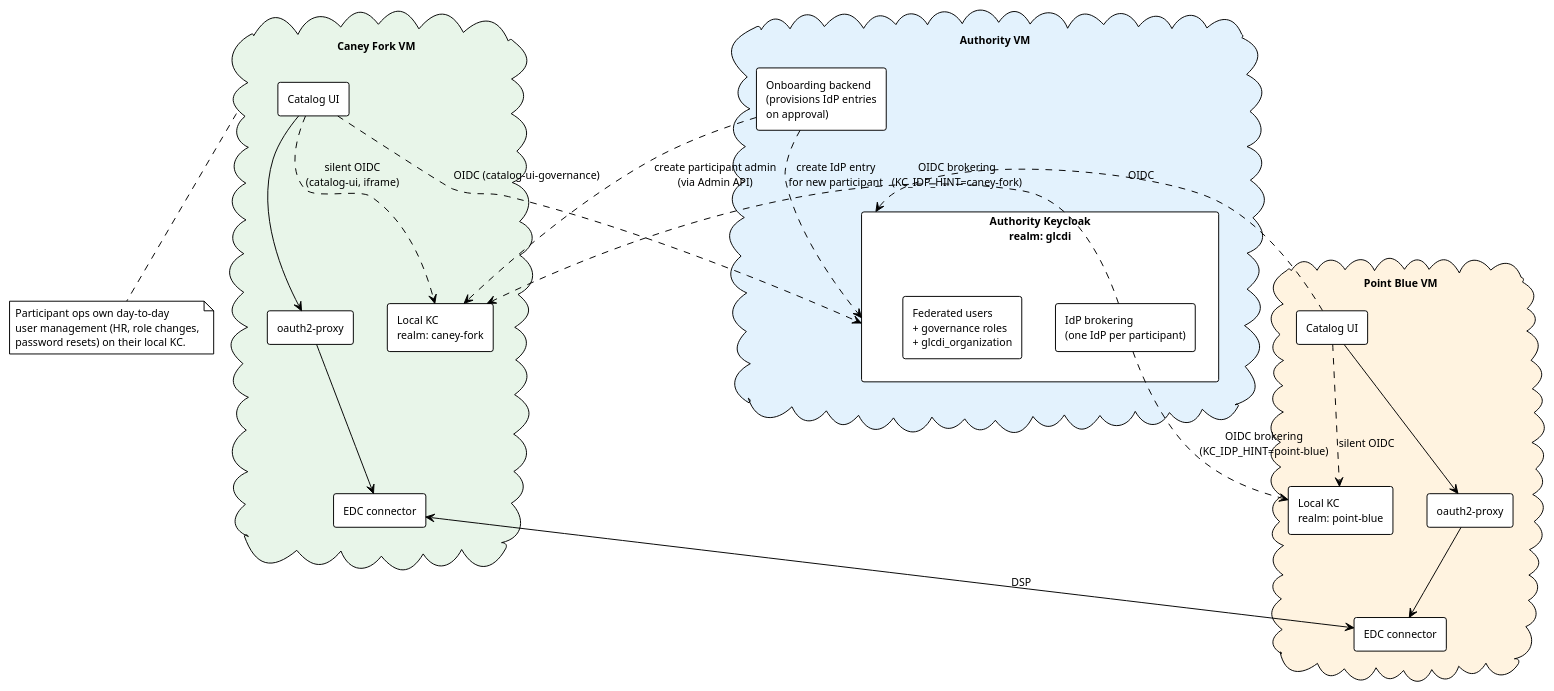
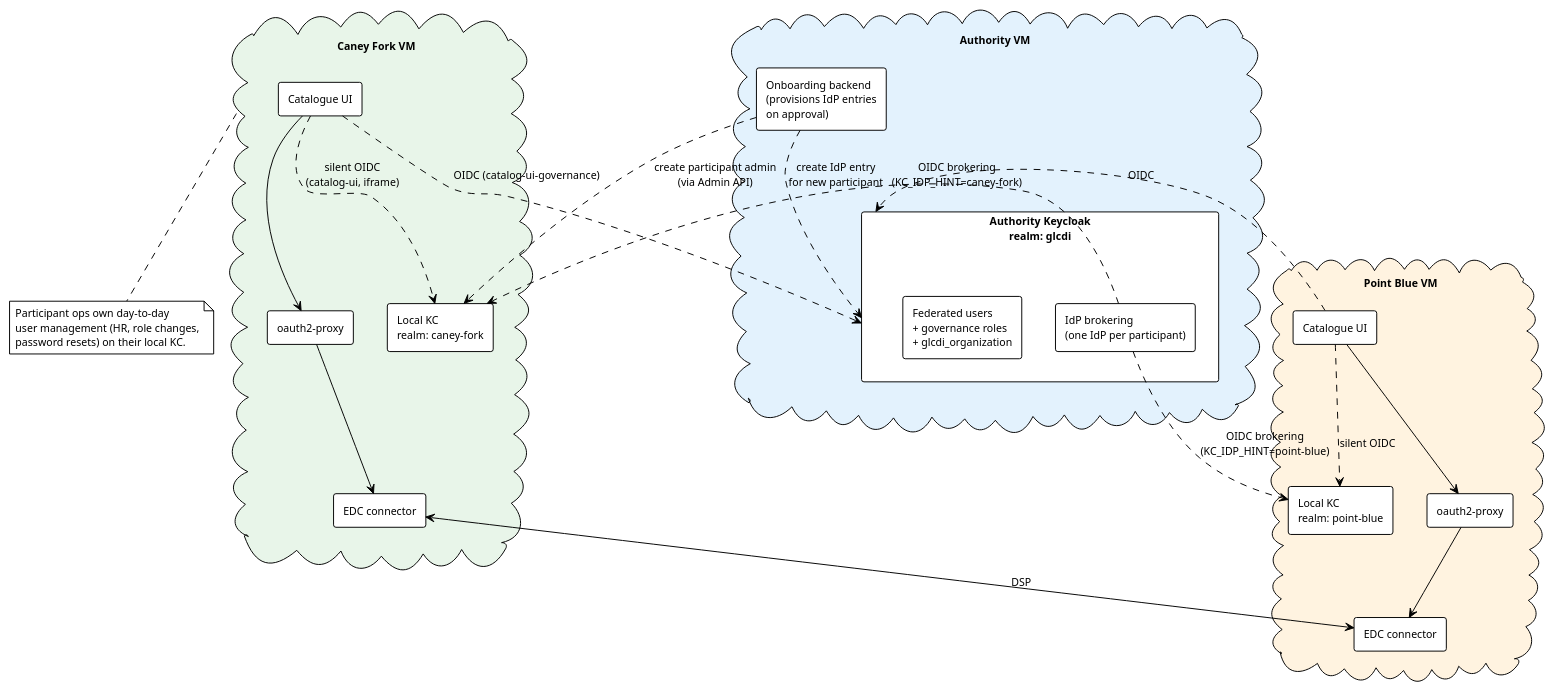
The seventh of 11 diagrams in reference/authentication.md (glcdi/documentation), drawn with PlantUML before and after one commit. The commit also changed other lines of this file and 22 other files, not shown here.

````diff
--- a/reference/authentication.md
+++ b/reference/authentication.md
@@ -360,53 +360,53 @@
 ```plantuml
 @startuml
 !theme plain
 skinparam defaultFontSize 11
 skinparam componentStyle rectangle
 
 cloud "Authority VM" as AUTH #E3F2FD {
   component "Authority Keycloak\nrealm: glcdi" as KC {
     component "IdP brokering\n(one IdP per participant)" as KCB
     component "Federated users\n+ governance roles\n+ glcdi_organization" as KCU
   }
   component "Onboarding backend\n(provisions IdP entries\non approval)" as OB
 }
 
 cloud "Caney Fork VM" as PV1 #E8F5E9 {
   component "Local KC\nrealm: caney-fork" as PKC1
-  component "Catalog UI" as UI1
+  component "Catalogue UI" as UI1
   component "oauth2-proxy" as OP1
   component "EDC connector" as EDC1
 }
 
 cloud "Point Blue VM" as PV2 #FFF3E0 {
   component "Local KC\nrealm: point-blue" as PKC2
-  component "Catalog UI" as UI2
+  component "Catalogue UI" as UI2
   component "oauth2-proxy" as OP2
   component "EDC connector" as EDC2
 }
 
 KCB ..> PKC1 : OIDC brokering\n(KC_IDP_HINT=caney-fork)
 KCB ..> PKC2 : OIDC brokering\n(KC_IDP_HINT=point-blue)
 
 OB ..> KC : create IdP entry\nfor new participant
 OB ..> PKC1 : create participant admin\n(via Admin API)
 
 UI1 ..> KC : OIDC (catalog-ui-governance)
 UI1 ..> PKC1 : silent OIDC\n(catalog-ui, iframe)
 UI1 --> OP1
 OP1 --> EDC1
 
 UI2 ..> KC : OIDC
 UI2 ..> PKC2 : silent OIDC
 UI2 --> OP2
 OP2 --> EDC2
 
 EDC1 <--> EDC2 : DSP
 
 note bottom of PV1
   Participant ops own day-to-day
   user management (HR, role changes,
   password resets) on their local KC.
 end note
 @enduml
 ```
````
